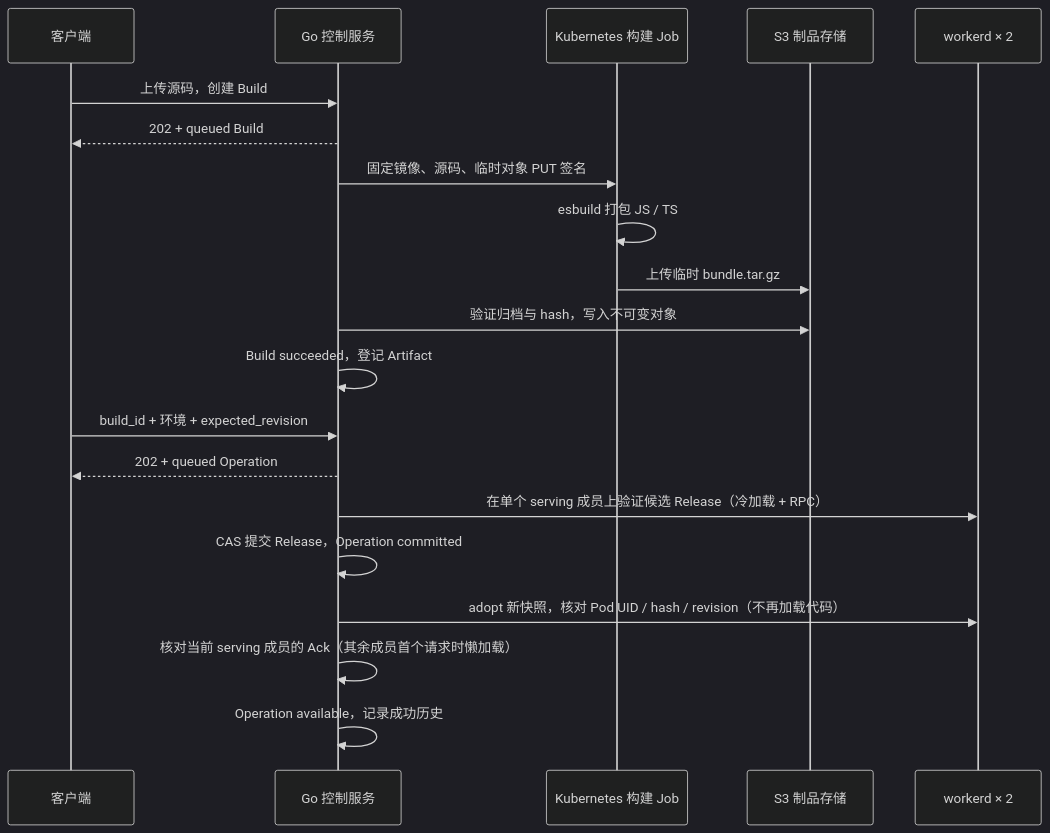
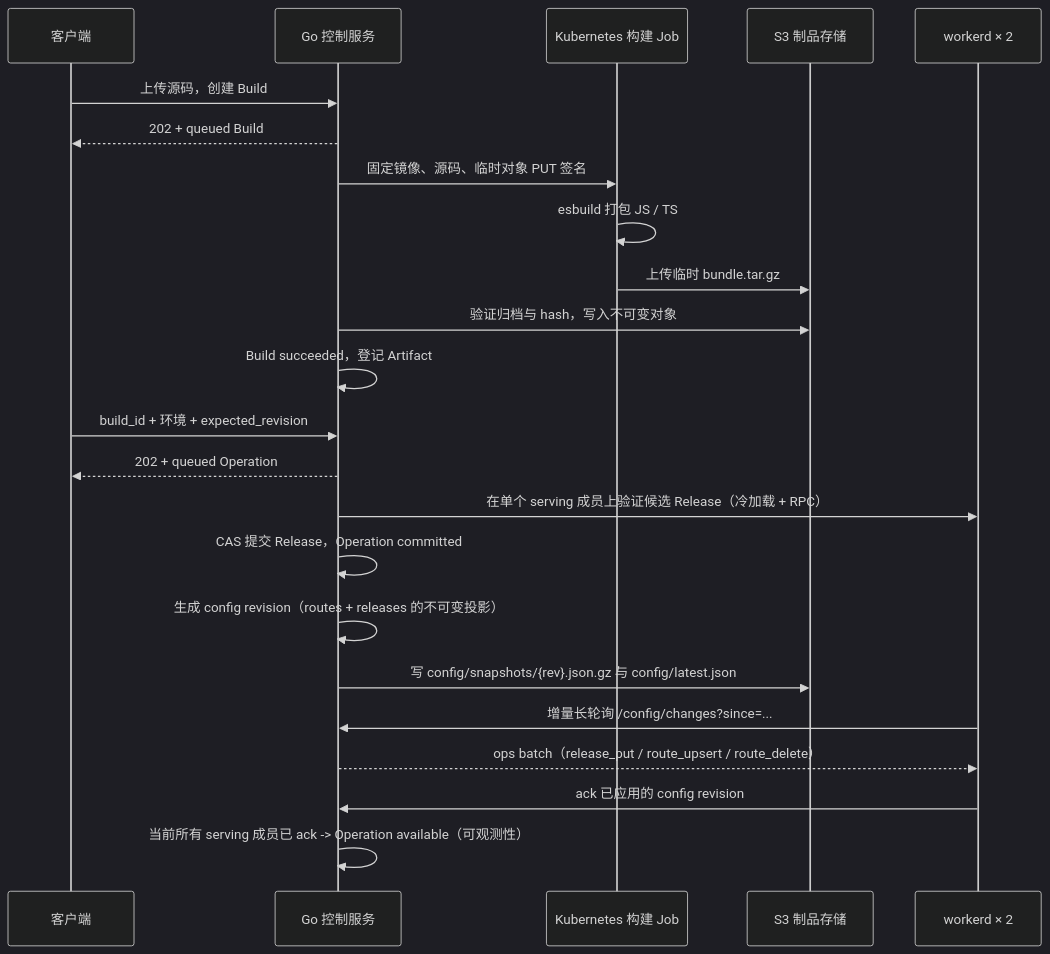
The diagram in docs/workers-backend.md (krun-dev/krun), drawn with Mermaid (dark theme) before and after one commit. The commit also changed other lines of this file and 54 other files, not shown here.

````diff
--- a/docs/workers-backend.md
+++ b/docs/workers-backend.md
@@ -7,22 +9,25 @@
 ```mermaid
 sequenceDiagram
     participant C as 客户端
     participant A as Go 控制服务
     participant J as Kubernetes 构建 Job
     participant S as S3 制品存储
     participant W as workerd × 2
     C->>A: 上传源码，创建 Build
     A-->>C: 202 + queued Build
     A->>J: 固定镜像、源码、临时对象 PUT 签名
     J->>J: esbuild 打包 JS / TS
     J->>S: 上传临时 bundle.tar.gz
     A->>S: 验证归档与 hash，写入不可变对象
     A->>A: Build succeeded，登记 Artifact
     C->>A: build_id + 环境 + expected_revision
     A-->>C: 202 + queued Operation
     A->>W: 在单个 serving 成员上验证候选 Release（冷加载 + RPC）
     A->>A: CAS 提交 Release，Operation committed
-    A->>W: adopt 新快照，核对 Pod UID / hash / revision（不再加载代码）
-    A->>A: 核对当前 serving 成员的 Ack（其余成员首个请求时懒加载）
-    A->>A: Operation available，记录成功历史
+    A->>A: 生成 config revision（routes + releases 的不可变投影）
+    A->>S: 写 config/snapshots/{rev}.json.gz 与 config/latest.json
+    W->>A: 增量长轮询 /config/changes?since=...
+    A-->>W: ops batch（release_put / route_upsert / route_delete）
+    W->>A: ack 已应用的 config revision
+    A->>A: 当前所有 serving 成员已 ack -> Operation available（可观测性）
 ```
````
